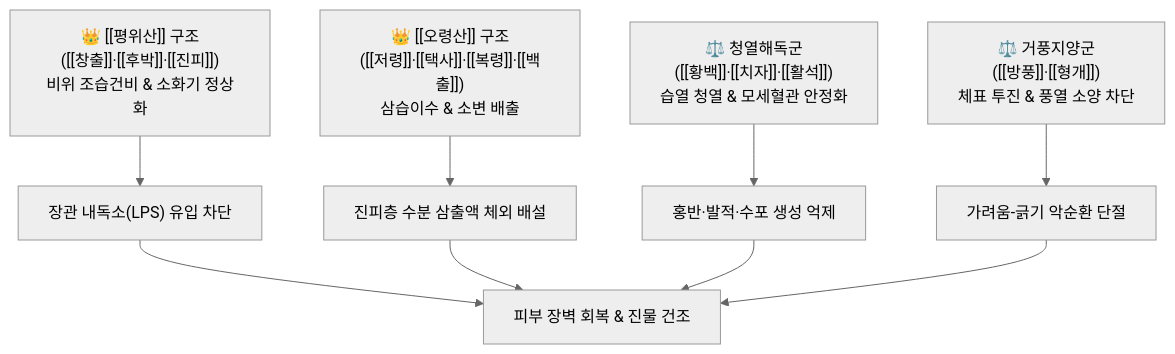
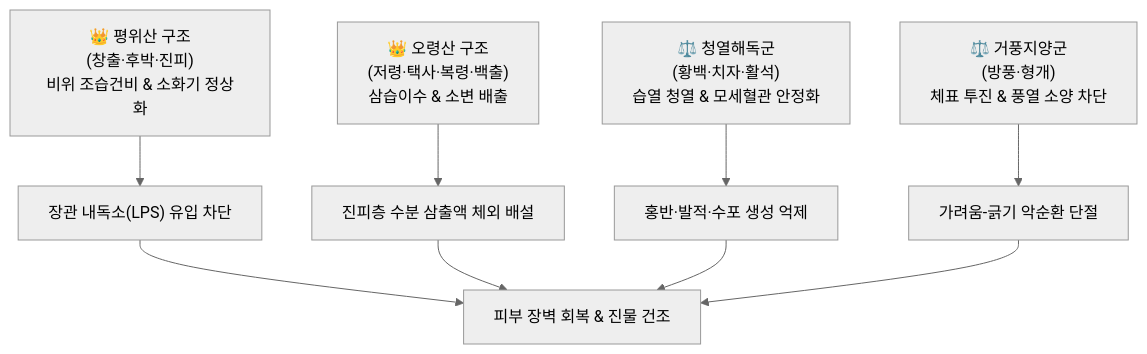
One commit to simbio11/simbio-digital-garden2 changed the diagram in content/2. 약리 공부/처방/03_화담·거습·이수제/제습위령탕.md. Above: the diagram before and after it, drawn with Mermaid (neutral theme). The commit also changed other lines of this file and 122 other files, not shown here.

````diff
--- a/content/2. 약리 공부/처방/03_화담·거습·이수제/제습위령탕.md
+++ b/content/2. 약리 공부/처방/03_화담·거습·이수제/제습위령탕.md
@@ -65,11 +66,11 @@
 ```mermaid
 graph TD
-    PW["👑 [[평위산]] 구조<br>([[창출]]·[[후박]]·[[진피]])<br>비위 조습건비 & 소화기 정상화"] --> GUT["장관 내독소(LPS) 유입 차단"]
-    OL["👑 [[오령산]] 구조<br>([[저령]]·[[택사]]·[[복령]]·[[백출]])<br>삼습이수 & 소변 배출"] --> DRAIN["진피층 수분 삼출액 체외 배설"]
-    CLR["⚖️ 청열해독군<br>([[황백]]·[[치자]]·[[활석]])<br>습열 청열 & 모세혈관 안정화"] --> ERYTHEMA["홍반·발적·수포 생성 억제"]
-    ITCH["⚖️ 거풍지양군<br>([[방풍]]·[[형개]])<br>체표 투진 & 풍열 소양 차단"] --> SCRATCH["가려움-긁기 악순환 단절"]
+    PW["👑 평위산 구조<br>(창출·후박·진피)<br>비위 조습건비 & 소화기 정상화"] --> GUT["장관 내독소(LPS) 유입 차단"]
+    OL["👑 오령산 구조<br>(저령·택사·복령·백출)<br>삼습이수 & 소변 배출"] --> DRAIN["진피층 수분 삼출액 체외 배설"]
+    CLR["⚖️ 청열해독군<br>(황백·치자·활석)<br>습열 청열 & 모세혈관 안정화"] --> ERYTHEMA["홍반·발적·수포 생성 억제"]
+    ITCH["⚖️ 거풍지양군<br>(방풍·형개)<br>체표 투진 & 풍열 소양 차단"] --> SCRATCH["가려움-긁기 악순환 단절"]
     GUT --> SKIN["피부 장벽 회복 & 진물 건조"]
     DRAIN --> SKIN
     ERYTHEMA --> SKIN
     SCRATCH --> SKIN
 ```
````
